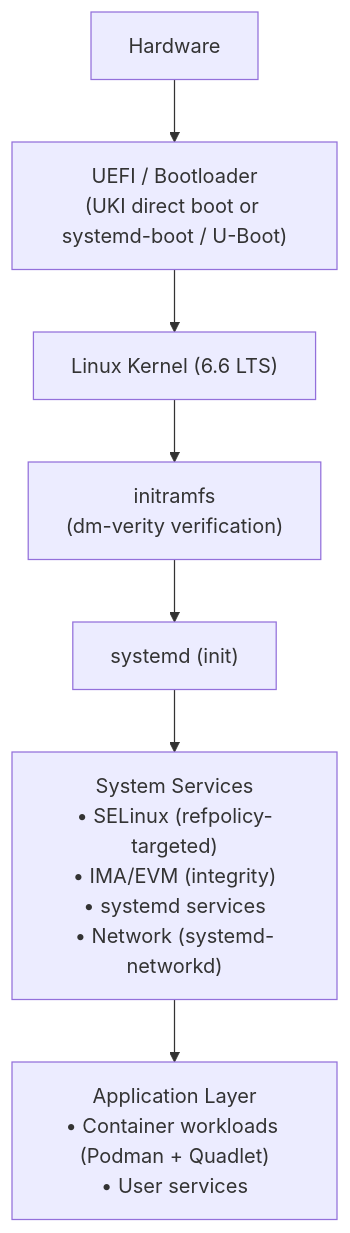
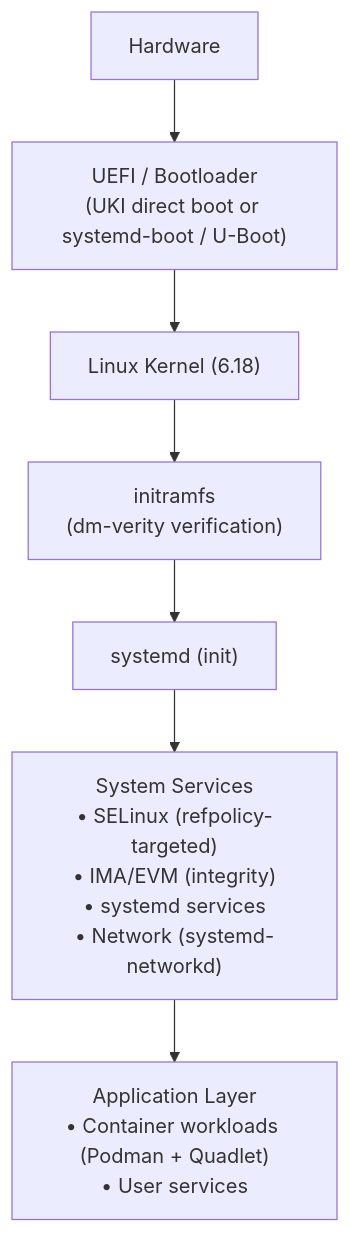
The fourth of 8 diagrams in docs/ARCHITECTURE.md (LamaGrid/lamadist), drawn with Mermaid before and after one commit. The commit also changed other lines of this file and 3 other files, not shown here.

````diff
--- a/docs/ARCHITECTURE.md
+++ b/docs/ARCHITECTURE.md
@@ -438,9 +448,9 @@
 ```mermaid
 flowchart TD
     hw["Hardware"] --> uefi["UEFI / Bootloader\n(UKI direct boot or systemd-boot / U-Boot)"]
-    uefi --> kernel["Linux Kernel (6.6 LTS)"]
+    uefi --> kernel["Linux Kernel (6.18)"]
     kernel --> initramfs["initramfs\n(dm-verity verification)"]
     initramfs --> systemd["systemd (init)"]
     systemd --> syssvcs["System Services\n• SELinux (refpolicy-targeted)\n• IMA/EVM (integrity)\n• systemd services\n• Network (systemd-networkd)"]
     syssvcs --> appsvcs["Application Layer\n• Container workloads (Podman + Quadlet)\n• User services"]
 ```
````
